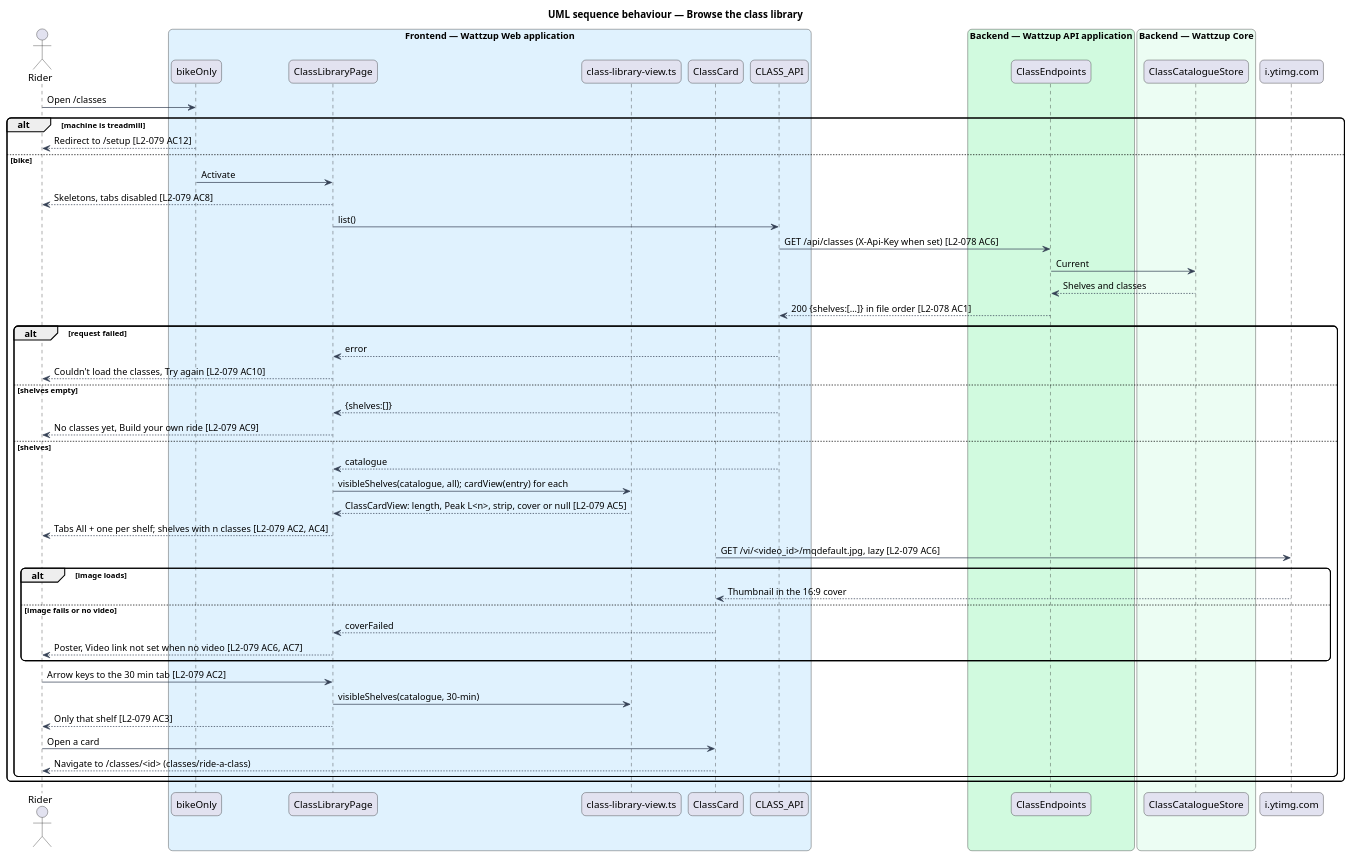
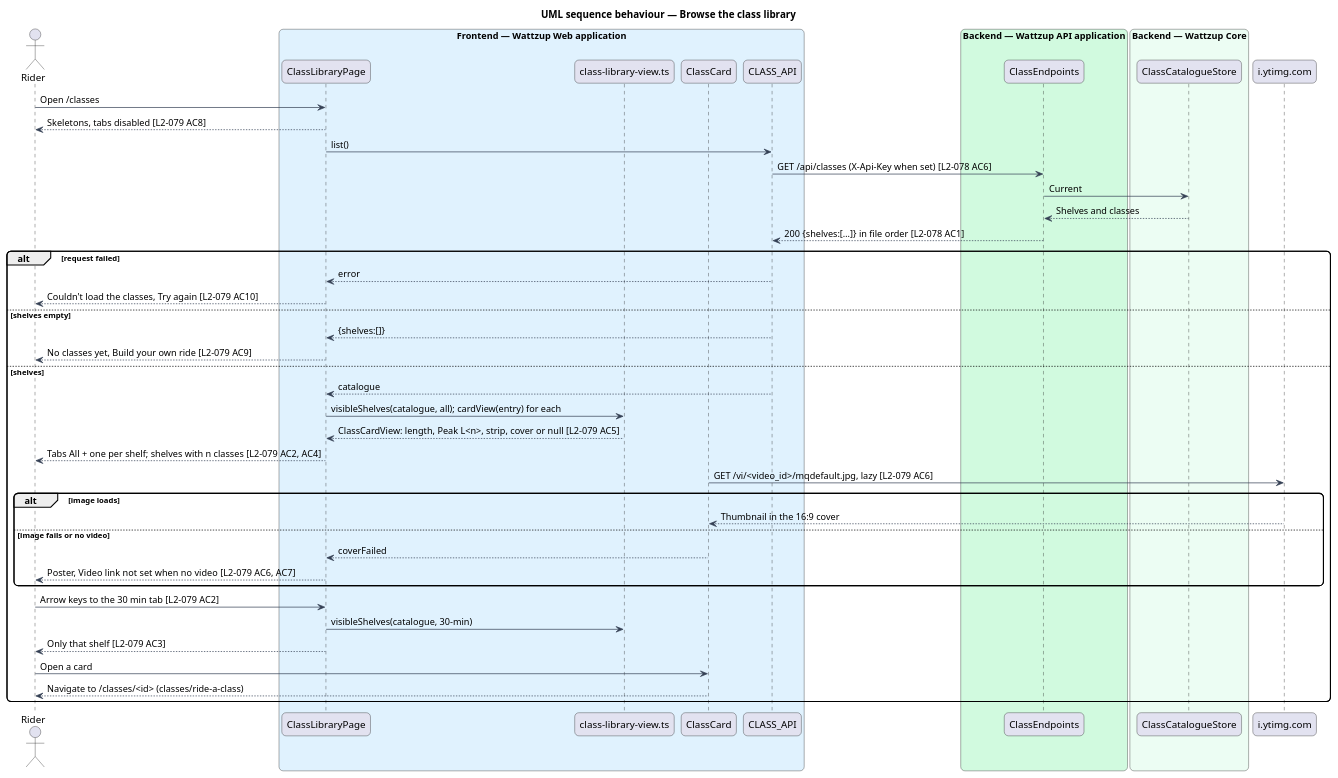
One commit to QuinntyneBrown/ride-one changed the diagram in docs/detailed-designs/classes/browse-classes/diagrams/sequence-browse-library.puml. Above: the diagram before and after it, drawn with PlantUML. The commit also changed 225 other files, not shown here.

First line of the commit message:
Scope the docs to the bike only (ADR 0016)

```diff
--- a/docs/detailed-designs/classes/browse-classes/diagrams/sequence-browse-library.puml
+++ b/docs/detailed-designs/classes/browse-classes/diagrams/sequence-browse-library.puml
@@ -1,60 +1,54 @@
 @startuml
 title UML sequence behaviour — Browse the class library
 skinparam backgroundColor #FFFFFF
 skinparam shadowing false
 skinparam roundcorner 12
 skinparam defaultFontName Arial
 skinparam ArrowColor #344054
 actor "Rider" as rider
 box "Frontend — Wattzup Web application" #E0F2FE
-  participant "bikeOnly" as guard
   participant "ClassLibraryPage" as page
   participant "class-library-view.ts" as view
   participant "ClassCard" as card
   participant "CLASS_API" as client
 end box
 box "Backend — Wattzup API application" #D1FADF
   participant "ClassEndpoints" as ep
 end box
 box "Backend — Wattzup Core" #ECFDF3
   participant "ClassCatalogueStore" as store
 end box
 participant "i.ytimg.com" as yt
 
-rider -> guard : Open /classes
-alt machine is treadmill
-  guard --> rider : Redirect to /setup [L2-079 AC12]
-else bike
-  guard -> page : Activate
+rider -> page : Open /classes
   page --> rider : Skeletons, tabs disabled [L2-079 AC8]
   page -> client : list()
   client -> ep : GET /api/classes (X-Api-Key when set) [L2-078 AC6]
   ep -> store : Current
   store --> ep : Shelves and classes
   ep --> client : 200 {shelves:[…]} in file order [L2-078 AC1]
   alt request failed
     client --> page : error
     page --> rider : Couldn't load the classes, Try again [L2-079 AC10]
   else shelves empty
     client --> page : {shelves:[]}
     page --> rider : No classes yet, Build your own ride [L2-079 AC9]
   else shelves
     client --> page : catalogue
     page -> view : visibleShelves(catalogue, all); cardView(entry) for each
     view --> page : ClassCardView: length, Peak L<n>, strip, cover or null [L2-079 AC5]
     page --> rider : Tabs All + one per shelf; shelves with n classes [L2-079 AC2, AC4]
     card -> yt : GET /vi/<video_id>/mqdefault.jpg, lazy [L2-079 AC6]
     alt image loads
       yt --> card : Thumbnail in the 16:9 cover
     else image fails or no video
       card --> page : coverFailed
       page --> rider : Poster, Video link not set when no video [L2-079 AC6, AC7]
     end
     rider -> page : Arrow keys to the 30 min tab [L2-079 AC2]
     page -> view : visibleShelves(catalogue, 30-min)
     page --> rider : Only that shelf [L2-079 AC3]
     rider -> card : Open a card
     card --> rider : Navigate to /classes/<id> (classes/ride-a-class)
   end
-end
 @enduml
```
